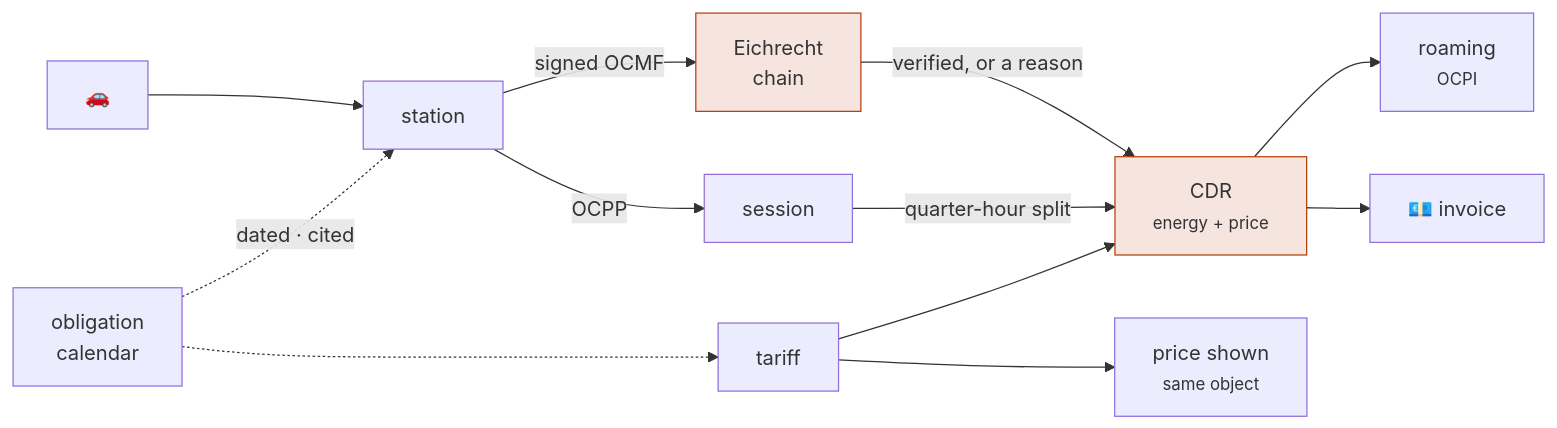
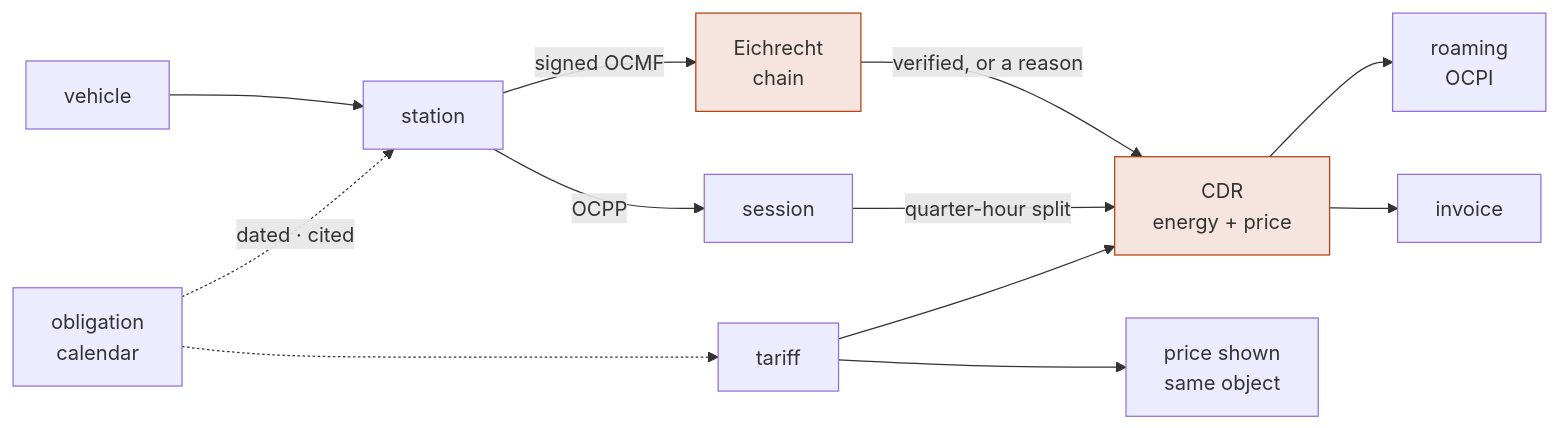
The diagram in site/content/_index.md (hupe1980/emob), drawn with Mermaid before and after one commit. The commit also changed other lines of this file and 38 other files, not shown here.

````diff
--- a/site/content/_index.md
+++ b/site/content/_index.md
@@ -16,17 +16,17 @@
 ```mermaid
 flowchart LR
-    EV["🚗"] --> CS["station"]
+    EV["vehicle"] --> CS["station"]
     CS -->|OCPP| SES["session"]
     CS -->|"signed OCMF"| EICH["Eichrecht<br/>chain"]
     EICH -->|"verified, or a reason"| CDR
-    SES -->|"quarter-hour split"| CDR["CDR<br/><small>energy + price</small>"]
+    SES -->|"quarter-hour split"| CDR["CDR<br/>energy + price"]
     TAR["tariff"] --> CDR
-    TAR --> DISP["price shown<br/><small>same object</small>"]
-    CDR --> ROAM["roaming<br/><small>OCPI</small>"]
-    CDR --> INV["💶 invoice"]
+    TAR --> DISP["price shown<br/>same object"]
+    CDR --> ROAM["roaming<br/>OCPI"]
+    CDR --> INV["invoice"]
     RULES["obligation<br/>calendar"] -.->|dated · cited| CS
     RULES -.-> TAR
 
     classDef hot fill:#b8410f22,stroke:#b8410f
     class EICH,CDR hot
 ```
````
